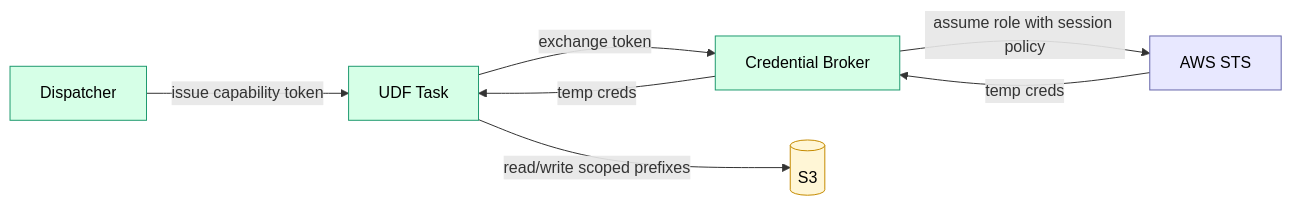
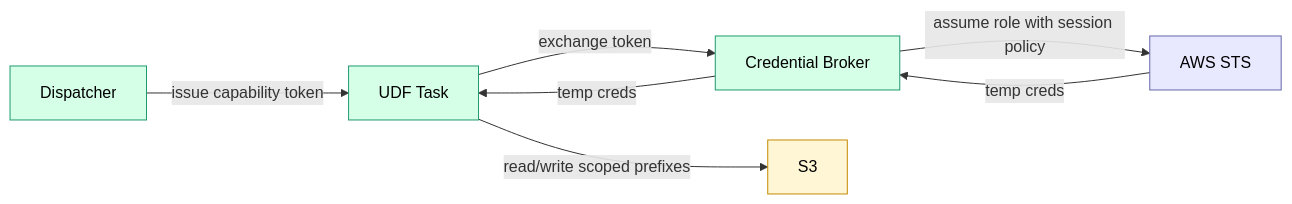
Before and after one commit to c7121/trace: the diagram in docs/architecture/containers/credential_broker.md, drawn with Mermaid. The commit also changed 11 other files, not shown here.

````diff
--- a/docs/architecture/containers/credential_broker.md
+++ b/docs/architecture/containers/credential_broker.md
@@ -16,19 +16,19 @@
 ```mermaid
 flowchart LR
     udf[UDF Task]:::component
     disp[Dispatcher]:::component
     broker[Credential Broker]:::component
     sts[AWS STS]:::infra
-    s3[(S3)]:::database
+    s3["S3"]:::database
 
     disp -->|issue capability token| udf
     udf -->|exchange token| broker
     broker -->|assume role with session policy| sts
     sts -->|temp creds| broker
     broker -->|temp creds| udf
     udf -->|read/write scoped prefixes| s3
 
     classDef component fill:#d6ffe7,stroke:#1f9a6f,color:#000;
     classDef infra fill:#e8e8ff,stroke:#6666aa,color:#000;
     classDef database fill:#fff6d6,stroke:#c58b00,color:#000;
 ```
````
